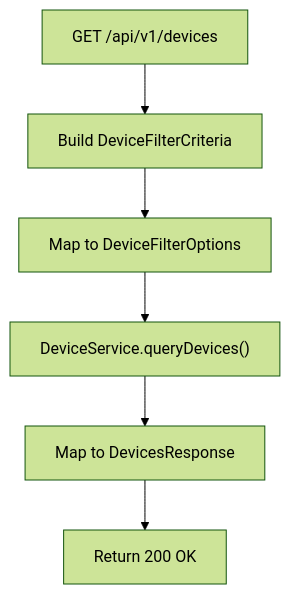
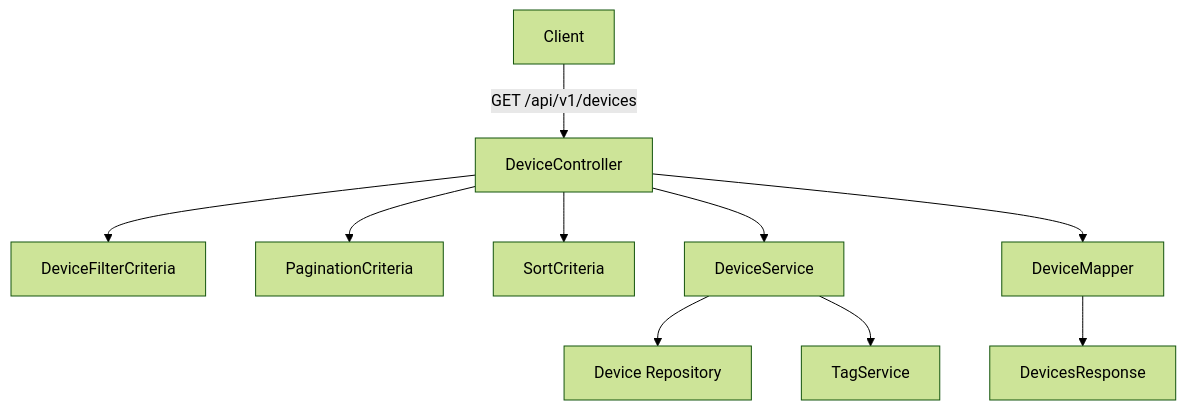
Before and after one commit to Praesto-Pro/openframe-oss-tenant: the third of 8 diagrams in docs/architecture/external-api-service-core/external-api-service-core.md, drawn with Mermaid (forest theme). The commit also changed other lines of this file and 174 other files, not shown here.

````diff
--- a/docs/architecture/external-api-service-core/external-api-service-core.md
+++ b/docs/architecture/external-api-service-core/external-api-service-core.md
@@ -150,8 +146,14 @@
 ```mermaid
 flowchart TD
-    Request["GET /api/v1/devices"] --> BuildFilter["Build DeviceFilterCriteria"]
-    BuildFilter --> MapToOptions["Map to DeviceFilterOptions"]
-    MapToOptions --> Query["DeviceService.queryDevices()"]
-    Query --> MapResponse["Map to DevicesResponse"]
-    MapResponse --> Response["Return 200 OK"]
+    Client -->|"GET /api/v1/devices"| DeviceController
+    DeviceController --> FilterCriteria["DeviceFilterCriteria"]
+    DeviceController --> Pagination["PaginationCriteria"]
+    DeviceController --> SortCriteria
+
+    DeviceController --> DeviceService
+    DeviceService --> MongoRepo["Device Repository"]
+    DeviceService --> TagService
+
+    DeviceController --> DeviceMapper
+    DeviceMapper --> DevicesResponse
 ```
````
